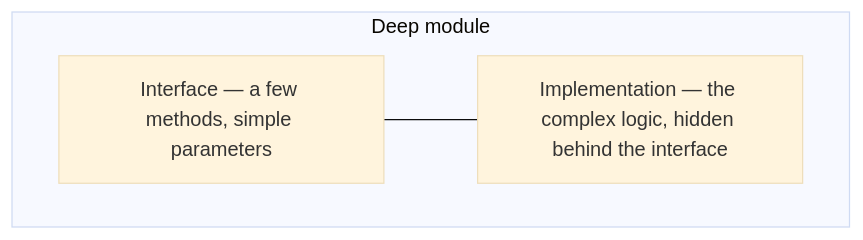
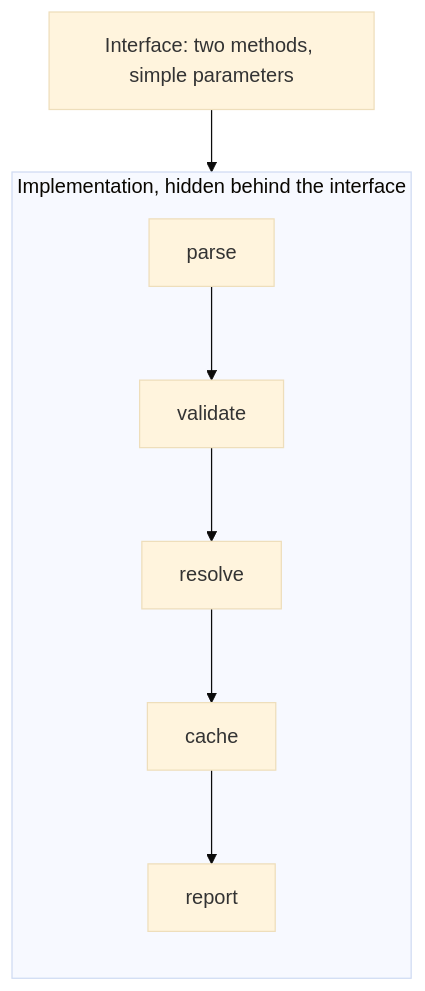
Before and after one commit to agranado2k/agentic-sdlc: the first of 2 diagrams in .agents/skills/tdd/deep-modules.md, drawn with Mermaid (base theme). The commit also changed other lines of this file and 5 other files, not shown here.

First line of the commit message:
docs(skills): the two diagrams differ in shape, the claims say what diverged, the paths qualify

````diff
--- a/.agents/skills/tdd/deep-modules.md
+++ b/.agents/skills/tdd/deep-modules.md
@@ -7,8 +7,11 @@
 ```mermaid
 flowchart TB
-    subgraph deep["Deep module"]
-        di["Interface — a few methods, simple parameters"]
-        dimpl["Implementation — the complex logic, hidden behind the interface"]
-        di --- dimpl
+    accTitle: A deep module
+    accDescr: One small interface node sits above a subgraph of five implementation nodes, so the interface is narrow and the implementation behind it is tall.
+    i["Interface: two methods, simple parameters"]
+    subgraph impl["Implementation, hidden behind the interface"]
+        direction TB
+        a["parse"] --> b["validate"] --> c["resolve"] --> d["cache"] --> e["report"]
     end
+    i --> impl
 ```
````
